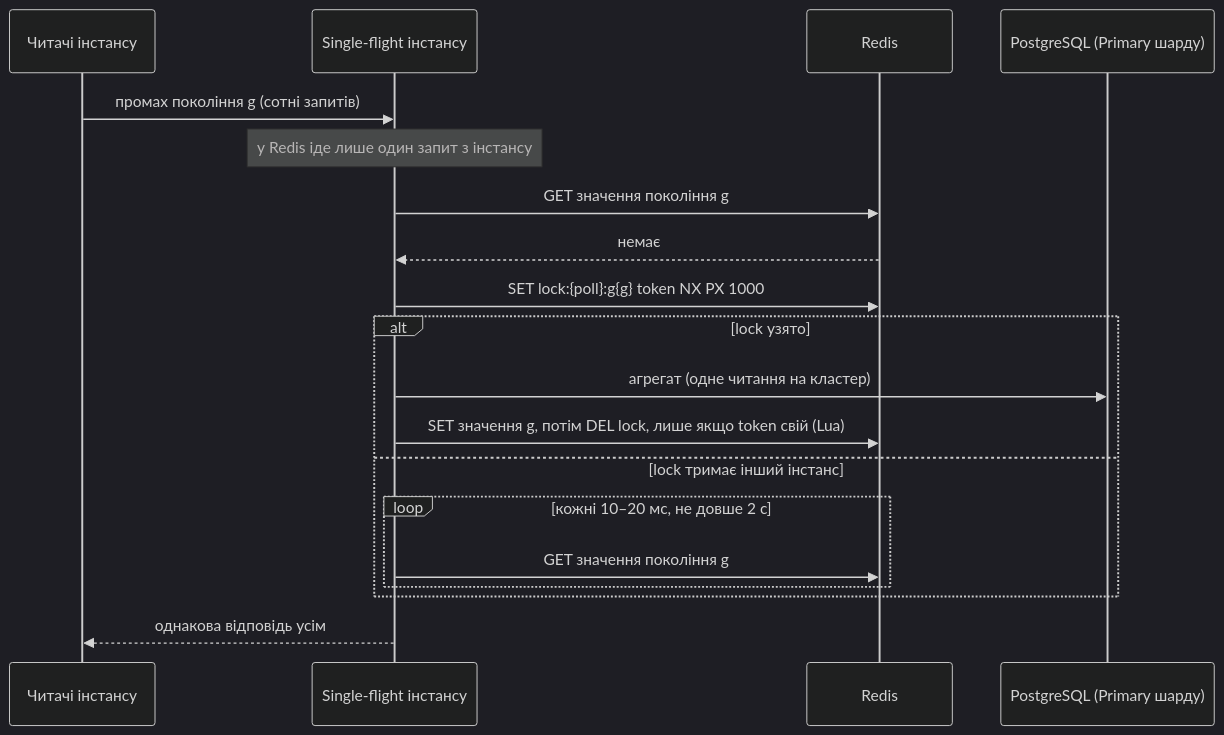
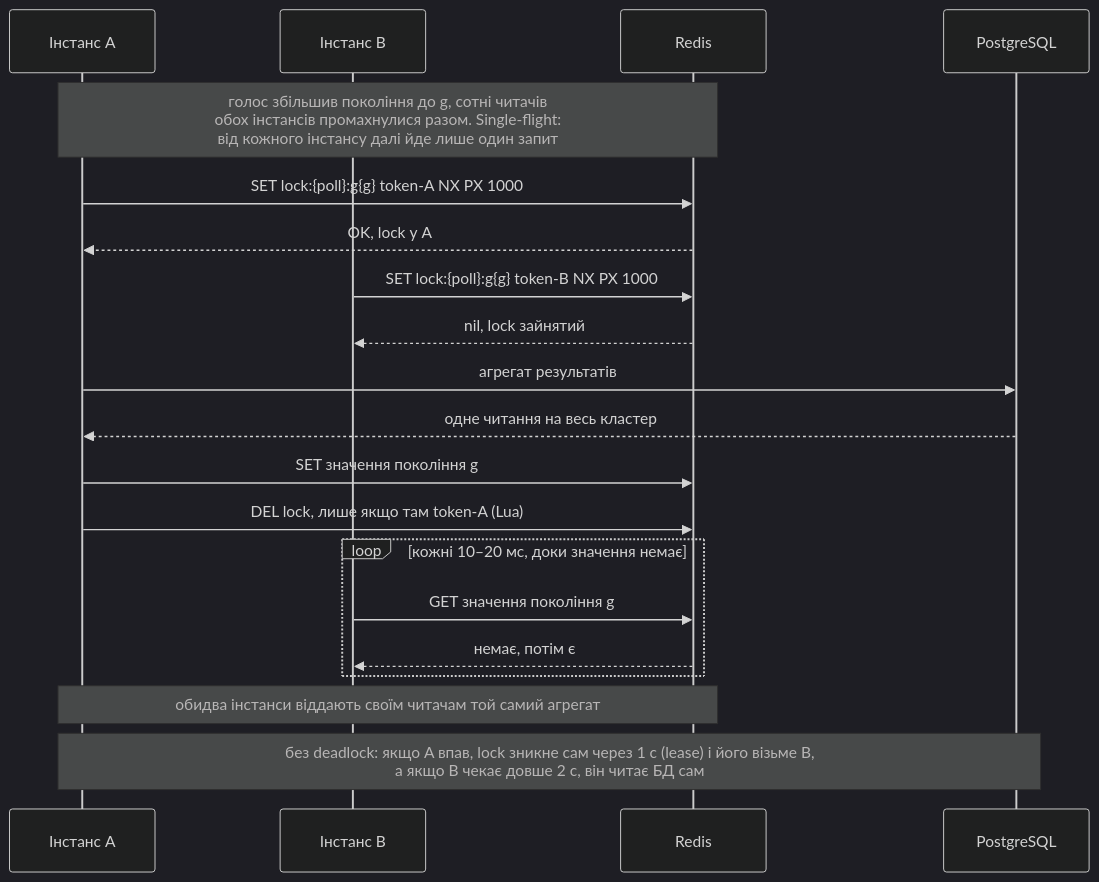
One commit to totalbyte/highload-system-practice changed diagram 27 of 28 in README.md. Above: the diagram before and after it, drawn with Mermaid (dark theme). The commit also changed other lines of this file and 8 other files, not shown here.

First line of the commit message:
lab 8 stage 7: defense guide, lecturer page, README summary, diagram fixes

````diff
--- a/README.md
+++ b/README.md
@@ -2152,21 +2154,22 @@
 ```mermaid
 sequenceDiagram
-    participant R as Читачі інстансу
-    participant SF as Single-flight інстансу
+    participant A as Інстанс A
+    participant B as Інстанс B
     participant Redis
-    participant PG as PostgreSQL (Primary шарду)
-    R->>SF: промах покоління g (сотні запитів)
-    Note over SF: у Redis іде лише один запит з інстансу
-    SF->>Redis: GET значення покоління g
-    Redis-->>SF: немає
-    SF->>Redis: SET lock:{poll}:g{g} token NX PX 1000
-    alt lock узято
-        SF->>PG: агрегат (одне читання на кластер)
-        SF->>Redis: SET значення g, потім DEL lock, лише якщо token свій (Lua)
-    else lock тримає інший інстанс
-        loop кожні 10–20 мс, не довше 2 с
-            SF->>Redis: GET значення покоління g
-        end
+    participant PG as PostgreSQL
+    Note over A,Redis: голос збільшив покоління до g, сотні читачів<br/>обох інстансів промахнулися разом. Single-flight:<br/>від кожного інстансу далі йде лише один запит
+    A->>Redis: SET lock:{poll}:g{g} token-A NX PX 1000
+    Redis-->>A: OK, lock у A
+    B->>Redis: SET lock:{poll}:g{g} token-B NX PX 1000
+    Redis-->>B: nil, lock зайнятий
+    A->>PG: агрегат результатів
+    PG-->>A: одне читання на весь кластер
+    A->>Redis: SET значення покоління g
+    A->>Redis: DEL lock, лише якщо там token-A (Lua)
+    loop кожні 10–20 мс, доки значення немає
+        B->>Redis: GET значення покоління g
+        Redis-->>B: немає, потім є
     end
-    SF-->>R: однакова відповідь усім
+    Note over A,Redis: обидва інстанси віддають своїм читачам той самий агрегат
+    Note over A,PG: без deadlock: якщо A впав, lock зникне сам через 1 с (lease) і його візьме B,<br/>а якщо B чекає довше 2 с, він читає БД сам
 ```
````
